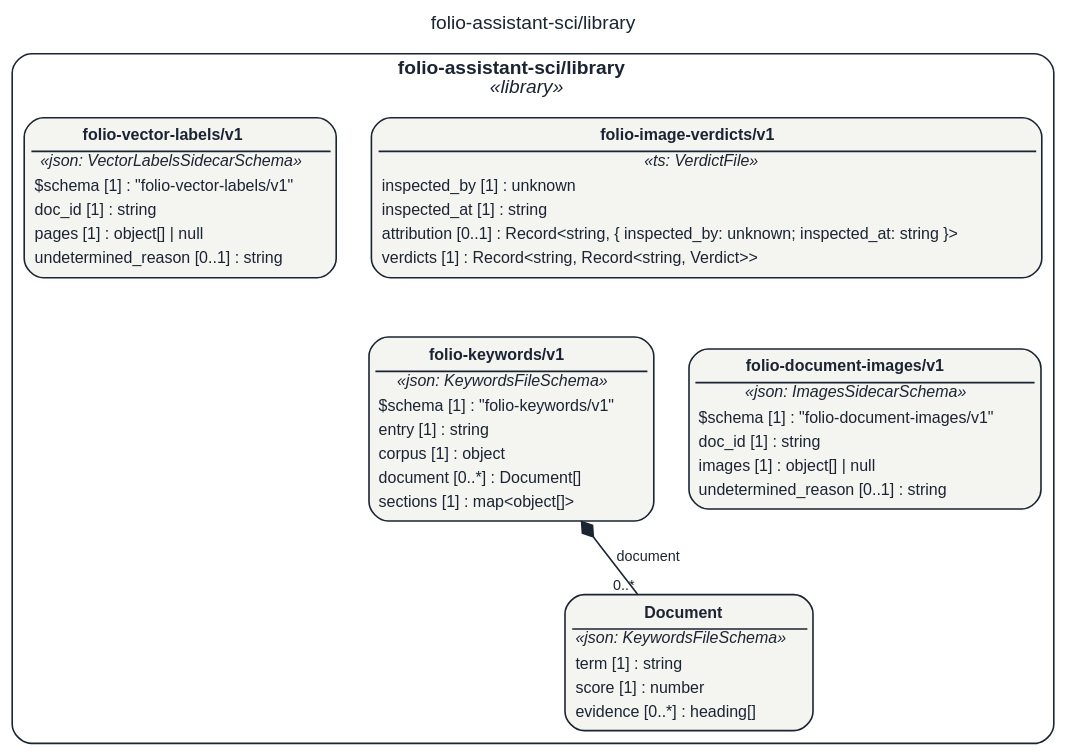
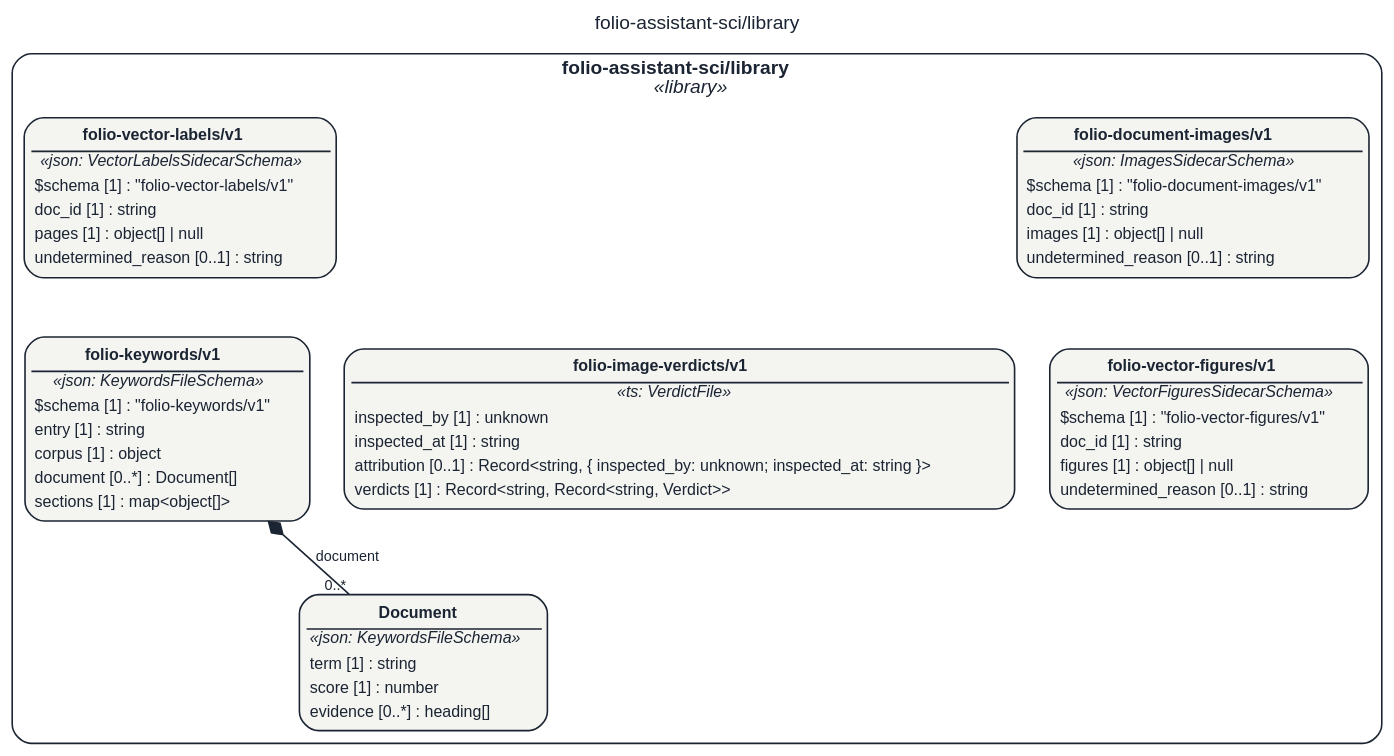
The diagram in STAGING/claude-stage-smart-base-e2e-on-2529/assets/img/uml/overview/folio-assistant-sci/library.dot (litlfred/folio-assistant), drawn with Graphviz before and after one commit. The commit also changed 7774 other files, not shown here.

```diff
--- a/STAGING/claude-stage-smart-base-e2e-on-2529/assets/img/uml/overview/folio-assistant-sci/library.dot
+++ b/STAGING/claude-stage-smart-base-e2e-on-2529/assets/img/uml/overview/folio-assistant-sci/library.dot
@@ -1,18 +1,20 @@
 // GENERATED by cat-harness-tools/scripts/gen-uml-overview.ts — do not edit.
 // Rendered page (interactive view, same model): https://litlfred.github.io/folio-assistant/uml/overview/folio-assistant-sci/library.html
 digraph "folio_assistant_sci_library" {
   graph [label="folio-assistant-sci/library", labelloc=t, fontname="Helvetica", fontsize=12, fontcolor="#1b2432", newrank=true, ratio=auto, nodesep=0.3, ranksep=0.5, bgcolor="transparent"];
   node [shape=box, style="rounded,filled", margin=0.05, fontname="Helvetica", fontsize=10, color="#1b2432", fontcolor="#1b2432"];
   edge [color="#1b2432", fontcolor="#1b2432", fontname="Helvetica", fontsize=9];
   subgraph "cluster_pkg_folio_assistant_sci_library" {
     label=<<b>folio-assistant-sci/library</b><br/><i>«library»</i>>; style="rounded"; color="#1b2432"; class="fa_uml_subgraph";
     "folio_assistant_sci_library_folio_document_images_v1_folio_document_images_v1" [fillcolor="#f4f4f1", class="fa_uml_kind_library", label=<<table border="0" cellborder="0" cellspacing="0" cellpadding="2"><tr><td border="1" sides="b"><b>folio-document-images/v1</b></td></tr><tr><td><i>«json: ImagesSidecarSchema»</i></td></tr><tr><td align="left">$schema [1] : &quot;folio-document-images/v1&quot;</td></tr><tr><td align="left">doc_id [1] : string</td></tr><tr><td align="left">images [1] : object[] | null</td></tr><tr><td align="left">undetermined_reason [0..1] : string</td></tr></table>>];
     "folio_assistant_sci_library_folio_image_verdicts_v1" [fillcolor="#f4f4f1", class="fa_uml_kind_library", label=<<table border="0" cellborder="0" cellspacing="0" cellpadding="2"><tr><td border="1" sides="b"><b>folio-image-verdicts/v1</b></td></tr><tr><td><i>«ts: VerdictFile»</i></td></tr><tr><td align="left">inspected_by [1] : unknown</td></tr><tr><td align="left">inspected_at [1] : string</td></tr><tr><td align="left">attribution [0..1] : Record&lt;string, { inspected_by: unknown; inspected_at: string }&gt;</td></tr><tr><td align="left">verdicts [1] : Record&lt;string, Record&lt;string, Verdict&gt;&gt;</td></tr></table>>];
     "folio_assistant_sci_library_folio_vector_labels_v1_folio_vector_labels_v1" [fillcolor="#f4f4f1", class="fa_uml_kind_library", label=<<table border="0" cellborder="0" cellspacing="0" cellpadding="2"><tr><td border="1" sides="b"><b>folio-vector-labels/v1</b></td></tr><tr><td><i>«json: VectorLabelsSidecarSchema»</i></td></tr><tr><td align="left">$schema [1] : &quot;folio-vector-labels/v1&quot;</td></tr><tr><td align="left">doc_id [1] : string</td></tr><tr><td align="left">pages [1] : object[] | null</td></tr><tr><td align="left">undetermined_reason [0..1] : string</td></tr></table>>];
+    "folio_assistant_sci_library_folio_vector_figures_v1_folio_vector_figures_v1" [fillcolor="#f4f4f1", class="fa_uml_kind_library", label=<<table border="0" cellborder="0" cellspacing="0" cellpadding="2"><tr><td border="1" sides="b"><b>folio-vector-figures/v1</b></td></tr><tr><td><i>«json: VectorFiguresSidecarSchema»</i></td></tr><tr><td align="left">$schema [1] : &quot;folio-vector-figures/v1&quot;</td></tr><tr><td align="left">doc_id [1] : string</td></tr><tr><td align="left">figures [1] : object[] | null</td></tr><tr><td align="left">undetermined_reason [0..1] : string</td></tr></table>>];
     "folio_assistant_sci_library_folio_keywords_v1_Document" [fillcolor="#f4f4f1", class="fa_uml_kind_library", label=<<table border="0" cellborder="0" cellspacing="0" cellpadding="2"><tr><td border="1" sides="b"><b>Document</b></td></tr><tr><td><i>«json: KeywordsFileSchema»</i></td></tr><tr><td align="left">term [1] : string</td></tr><tr><td align="left">score [1] : number</td></tr><tr><td align="left">evidence [0..*] : heading[]</td></tr></table>>];
     "folio_assistant_sci_library_folio_keywords_v1_folio_keywords_v1" [fillcolor="#f4f4f1", class="fa_uml_kind_library", label=<<table border="0" cellborder="0" cellspacing="0" cellpadding="2"><tr><td border="1" sides="b"><b>folio-keywords/v1</b></td></tr><tr><td><i>«json: KeywordsFileSchema»</i></td></tr><tr><td align="left">$schema [1] : &quot;folio-keywords/v1&quot;</td></tr><tr><td align="left">entry [1] : string</td></tr><tr><td align="left">corpus [1] : object</td></tr><tr><td align="left">document [0..*] : Document[]</td></tr><tr><td align="left">sections [1] : map&lt;object[]&gt;</td></tr></table>>];
   }
   "folio_assistant_sci_library_folio_keywords_v1_folio_keywords_v1" -> "folio_assistant_sci_library_folio_keywords_v1_Document" [dir=both, arrowtail=diamond, arrowhead=none, label="document", headlabel="0..*", class="fa_uml_composition"];
-  "folio_assistant_sci_library_folio_document_images_v1_folio_document_images_v1" -> "folio_assistant_sci_library_folio_keywords_v1_Document" [style=invis, class="kg-graph-anchor"];
-  "folio_assistant_sci_library_folio_image_verdicts_v1" -> "folio_assistant_sci_library_folio_keywords_v1_folio_keywords_v1" [style=invis, class="kg-graph-anchor"];
+  "folio_assistant_sci_library_folio_document_images_v1_folio_document_images_v1" -> "folio_assistant_sci_library_folio_vector_figures_v1_folio_vector_figures_v1" [style=invis, class="kg-graph-anchor"];
+  "folio_assistant_sci_library_folio_image_verdicts_v1" -> "folio_assistant_sci_library_folio_keywords_v1_Document" [style=invis, class="kg-graph-anchor"];
+  "folio_assistant_sci_library_folio_vector_labels_v1_folio_vector_labels_v1" -> "folio_assistant_sci_library_folio_keywords_v1_folio_keywords_v1" [style=invis, class="kg-graph-anchor"];
 }
```
